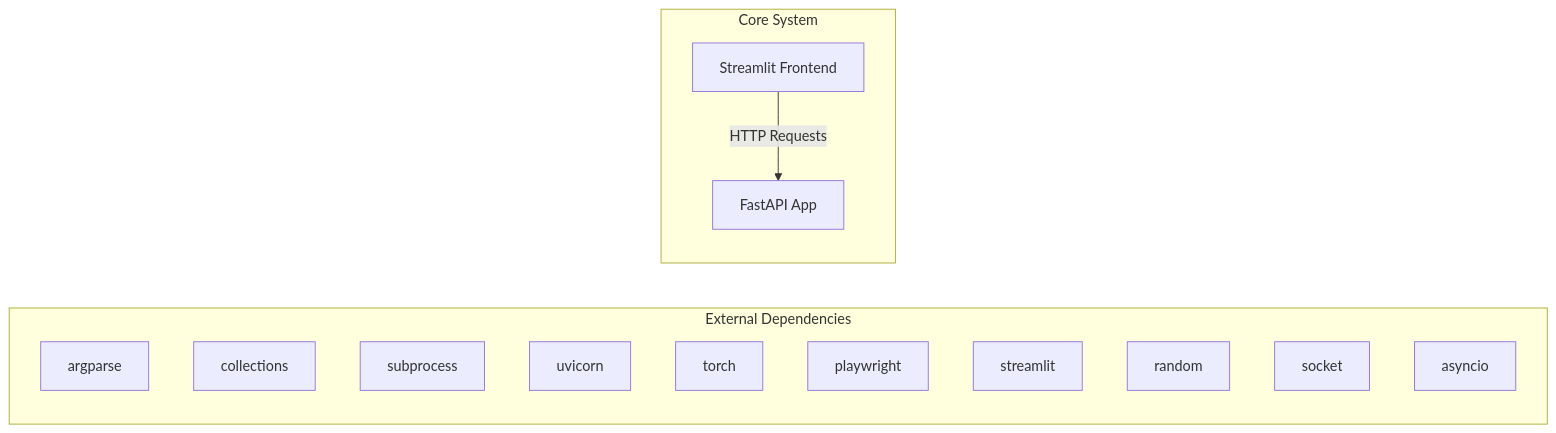
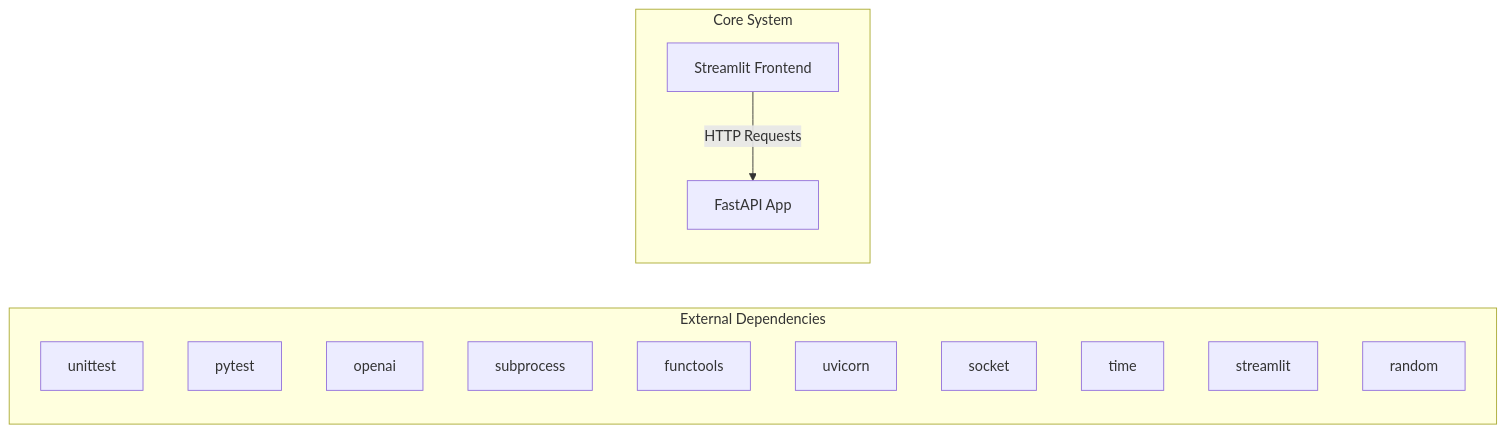
The first of 2 diagrams in docs/architecture.md (NITISH-R-G/rag-context-optimizer), drawn with Mermaid before and after one commit. The commit also changed 1 other file, not shown here.

Commit message:
docs: auto-update repository knowledge, architecture diagrams, and documentation

````diff
--- a/docs/architecture.md
+++ b/docs/architecture.md
@@ -7,20 +7,20 @@
 ```mermaid
 graph LR
     subgraph External Dependencies
-        E0["argparse"]
-        E1["collections"]
-        E2["subprocess"]
-        E3["uvicorn"]
-        E4["torch"]
-        E5["playwright"]
-        E6["streamlit"]
-        E7["random"]
-        E8["socket"]
-        E9["asyncio"]
+        E0["unittest"]
+        E1["pytest"]
+        E2["openai"]
+        E3["subprocess"]
+        E4["functools"]
+        E5["uvicorn"]
+        E6["socket"]
+        E7["time"]
+        E8["streamlit"]
+        E9["random"]
     end
     subgraph Core System
         API["FastAPI App"]
         UI["Streamlit Frontend"]
     end
     UI -->|HTTP Requests| API
 ```
````
